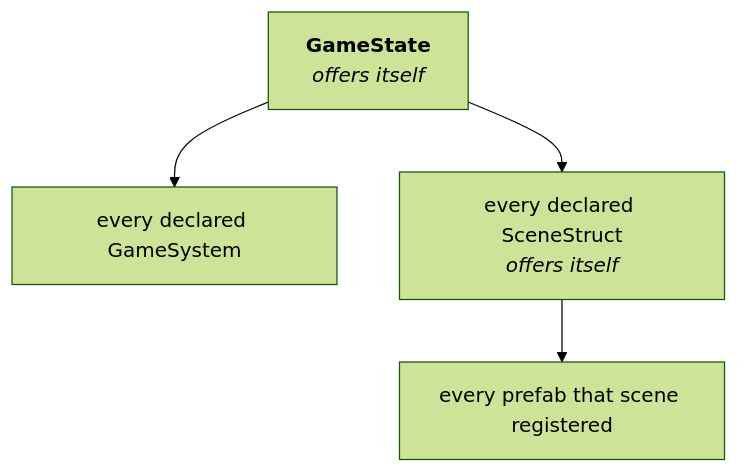
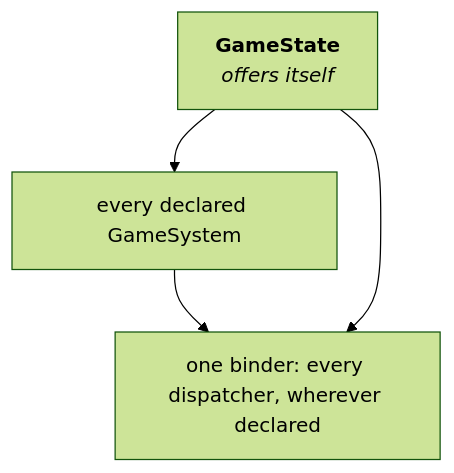
The diagram in docs/guide/events.md (sunarya-thito/good), drawn with Mermaid (forest theme) before and after one commit. The commit also changed other lines of this file and 117 other files, not shown here.

````diff
--- a/docs/guide/events.md
+++ b/docs/guide/events.md
@@ -199,6 +169,6 @@
 ```mermaid
 flowchart TD
     gs["<b>GameState</b><br/><i>offers itself</i>"] --> sys["every declared GameSystem"]
-    gs --> sc["every declared SceneStruct<br/><i>offers itself</i>"]
-    sc --> pf["every prefab that scene registered"]
+    sys --> b["one binder: every dispatcher, wherever declared"]
+    gs --> b
 ```
````
